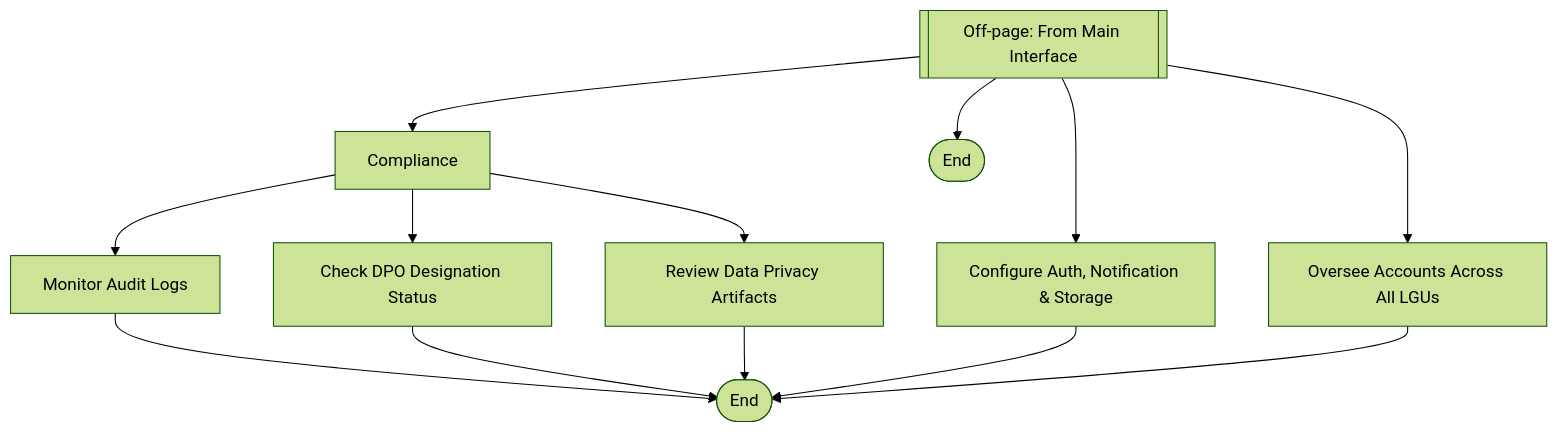
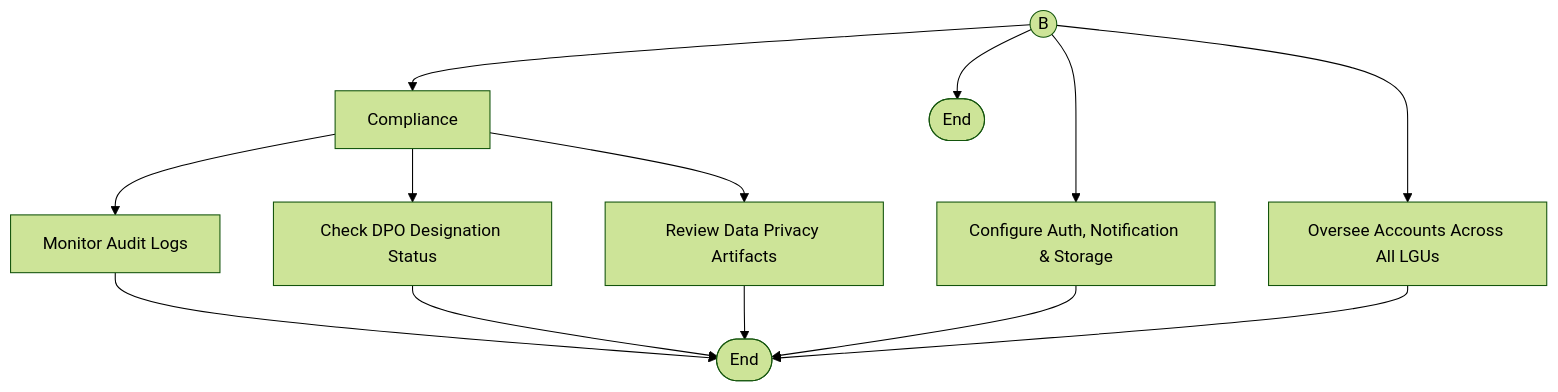
One commit to Jechrispotato/Refractor changed the fifth of 33 diagrams in Manuscript/diagrams.md. Above: the diagram before and after it, drawn with Mermaid (forest theme). The commit also changed other lines of this file and 2 other files, not shown here.

````diff
--- a/Manuscript/diagrams.md
+++ b/Manuscript/diagrams.md
@@ -108,17 +108,17 @@
 ```mermaid
 flowchart TD
-    OP2[[Off-page: From Main Interface]] --> Comp[Compliance]
+    OP2((B)) --> Comp[Compliance]
     OP2 --> Settings[Configure Auth, Notification & Storage]
     OP2 --> UM[Oversee Accounts Across All LGUs]
     OP2 --> Logout([End])
 
     Comp --> Audit[Monitor Audit Logs]
     Comp --> DPO[Check DPO Designation Status]
     Comp --> DPA[Review Data Privacy Artifacts]
 
     Audit --> Done([End])
     DPO --> Done
     DPA --> Done
     Settings --> Done
     UM --> Done
 ```
````
